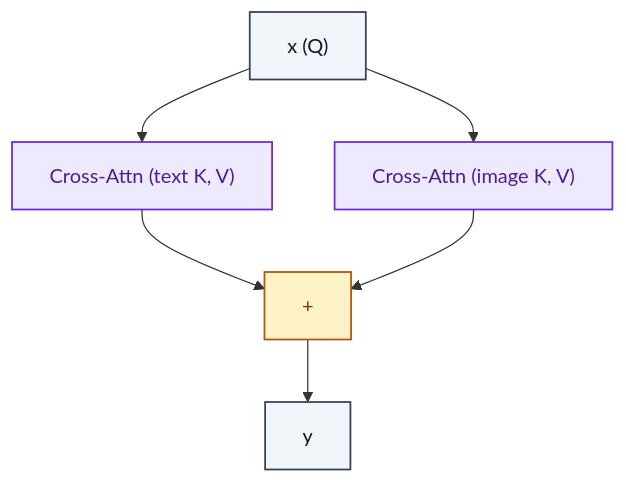
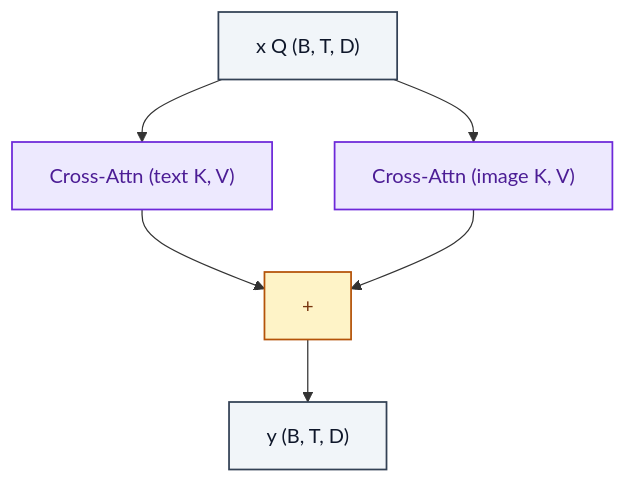
One commit to RealityShifts/Srivastava-book-of-Blocks-diagrams changed the diagram in unet_diffusion/IPAdapterCrossAttention.md. Above: the diagram before and after it, drawn with Mermaid. The commit also changed 123 other files, not shown here.

````diff
--- a/unet_diffusion/IPAdapterCrossAttention.md
+++ b/unet_diffusion/IPAdapterCrossAttention.md
@@ -7,22 +7,23 @@
 ```mermaid
 flowchart TD
-    n0_0["x  (Q)"]:::io
+    n0_0["x  Q  (B, T, D)"]:::io
     n1_0["Cross-Attn  (text K, V)"]:::attn
     n1_1["Cross-Attn  (image K, V)"]:::attn
     n2_0["+"]:::merge
-    n3_0["y"]:::io
+    n3_0["y  (B, T, D)"]:::io
     n0_0 --> n1_0
     n0_0 --> n1_1
     n1_0 --> n2_0
     n1_1 --> n2_0
     n2_0 --> n3_0
     classDef io fill:#f1f5f9,stroke:#334155,stroke-width:1.4px,color:#0f172a
     classDef op fill:#dbeafe,stroke:#1d4ed8,stroke-width:1.4px,color:#1e3a8a
     classDef norm fill:#dcfce7,stroke:#15803d,stroke-width:1.4px,color:#14532d
     classDef act fill:#ffedd5,stroke:#c2410c,stroke-width:1.4px,color:#7c2d12
     classDef attn fill:#ede9fe,stroke:#6d28d9,stroke-width:1.4px,color:#4c1d95
     classDef merge fill:#fef3c7,stroke:#b45309,stroke-width:1.4px,color:#78350f
     classDef emb fill:#fef9c3,stroke:#a16207,stroke-width:1.4px,color:#713f12
     classDef loss fill:#fee2e2,stroke:#b91c1c,stroke-width:1.4px,color:#7f1d1d
     classDef ctrl fill:#f5f5f4,stroke:#52525b,stroke-width:1.4px,color:#27272a
+    classDef ref fill:#e0f2fe,stroke:#0369a1,stroke-width:2px,color:#0c4a6e,stroke-dasharray: 4 2
 ```
````
